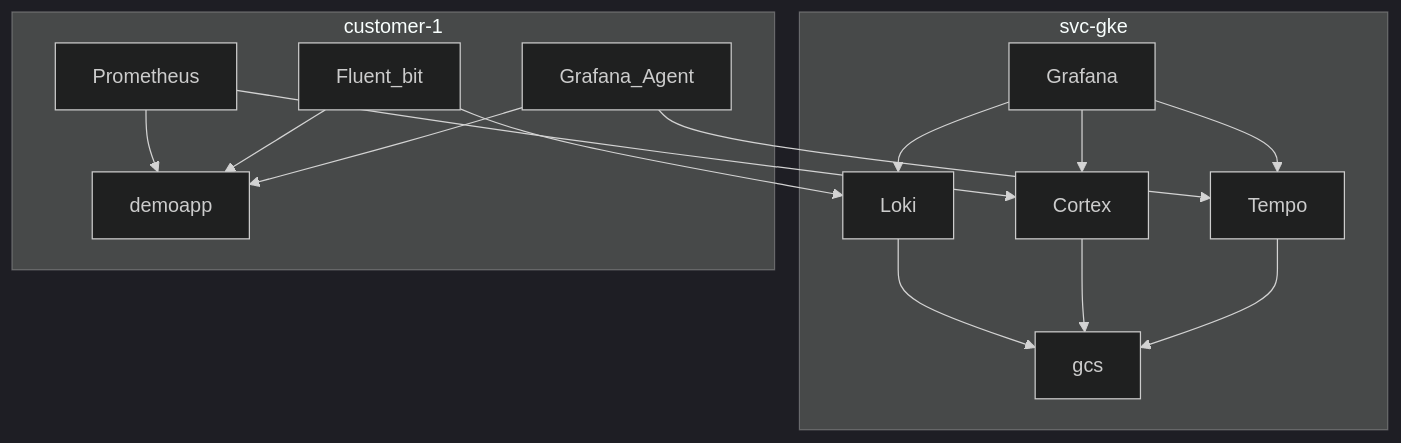
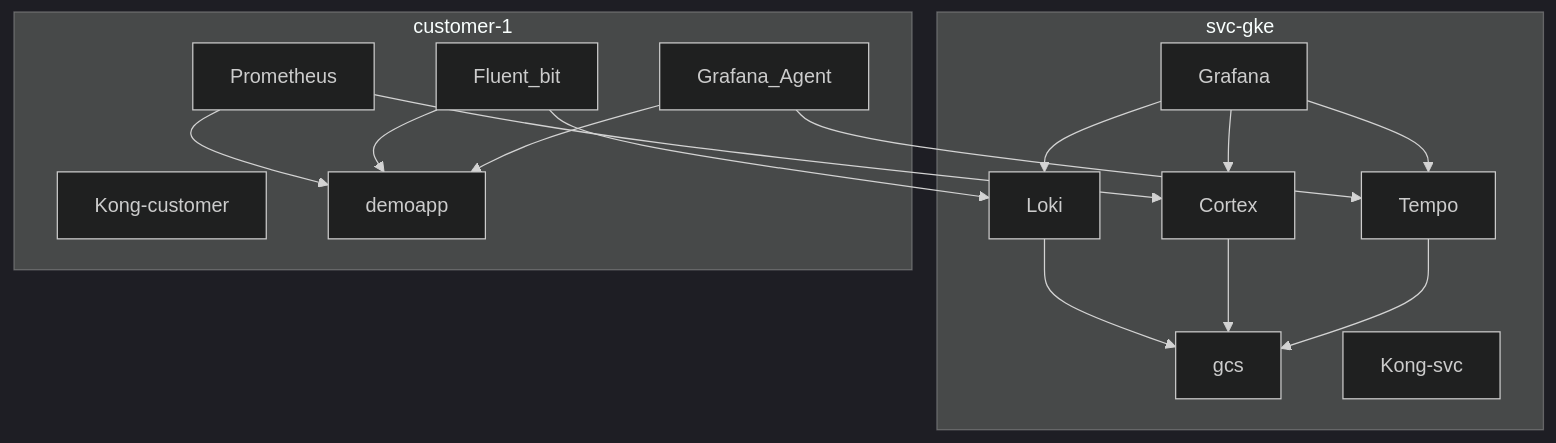
The first of 2 diagrams in diagrams/examples/monitor.md (edwardwu/gitrepo), drawn with Mermaid (dark theme) before and after one commit.

Commit message:
add monitor.md - add kong

````diff
--- a/diagrams/examples/monitor.md
+++ b/diagrams/examples/monitor.md
@@ -1,16 +1,18 @@
 ```mermaid
 flowchart TB
     subgraph svc-gke
     Grafana-->Loki-->gcs
     Grafana-->Cortex-->gcs
     Grafana-->Tempo-->gcs
+    Kong-svc
     end
     subgraph customer-1
+    Kong-customer
     Prometheus-->Cortex
     Prometheus-->demoapp
     Fluent_bit-->Loki
     Fluent_bit-->demoapp
     Grafana_Agent-->Tempo
     Grafana_Agent-->demoapp
     end
 ```
````
